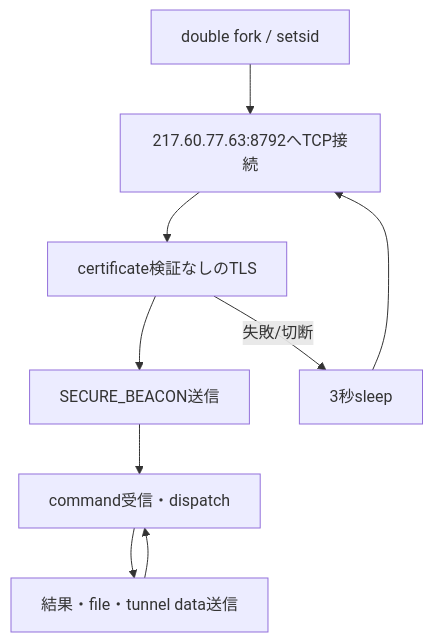
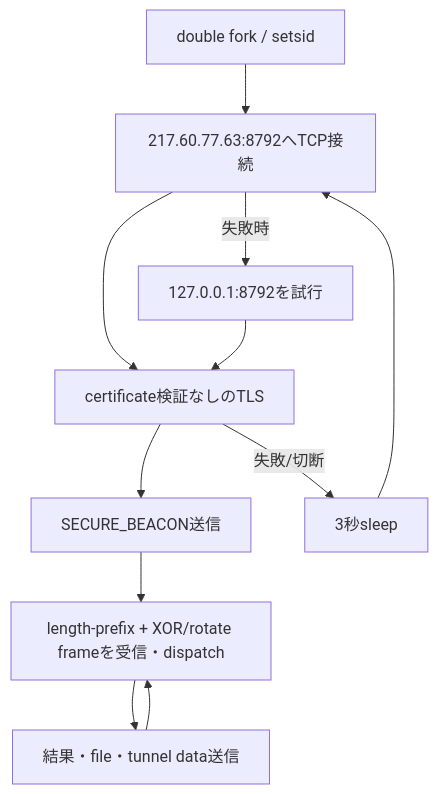
The second of 3 diagrams in analysis-results/malware/redc2/versions/v4-0/cases/4537b1189ce419f1a595cf47216c03f80e9170ce80dad8d9227a1e52f9cb3466/OVERALL-LOGIC.md (proshiba/AI-security-analysis), drawn with Mermaid before and after one commit. The commit also changed other lines of this file and 10 other files, not shown here.

````diff
--- a/analysis-results/malware/redc2/versions/v4-0/cases/4537b1189ce419f1a595cf47216c03f80e9170ce80dad8d9227a1e52f9cb3466/OVERALL-LOGIC.md
+++ b/analysis-results/malware/redc2/versions/v4-0/cases/4537b1189ce419f1a595cf47216c03f80e9170ce80dad8d9227a1e52f9cb3466/OVERALL-LOGIC.md
@@ -16,11 +16,13 @@
 ```mermaid
 flowchart TD
     A["double fork / setsid"] --> B["217.60.77.63:8792へTCP接続"]
+    B -->|"失敗時"| B2["127.0.0.1:8792を試行"]
     B --> C["certificate検証なしのTLS"]
+    B2 --> C
     C --> D["SECURE_BEACON送信"]
-    D --> E["command受信・dispatch"]
+    D --> E["length-prefix + XOR/rotate frameを受信・dispatch"]
     E --> F["結果・file・tunnel data送信"]
     F --> E
     C -->|"失敗/切断"| G["3秒sleep"]
     G --> B
 ```
````
